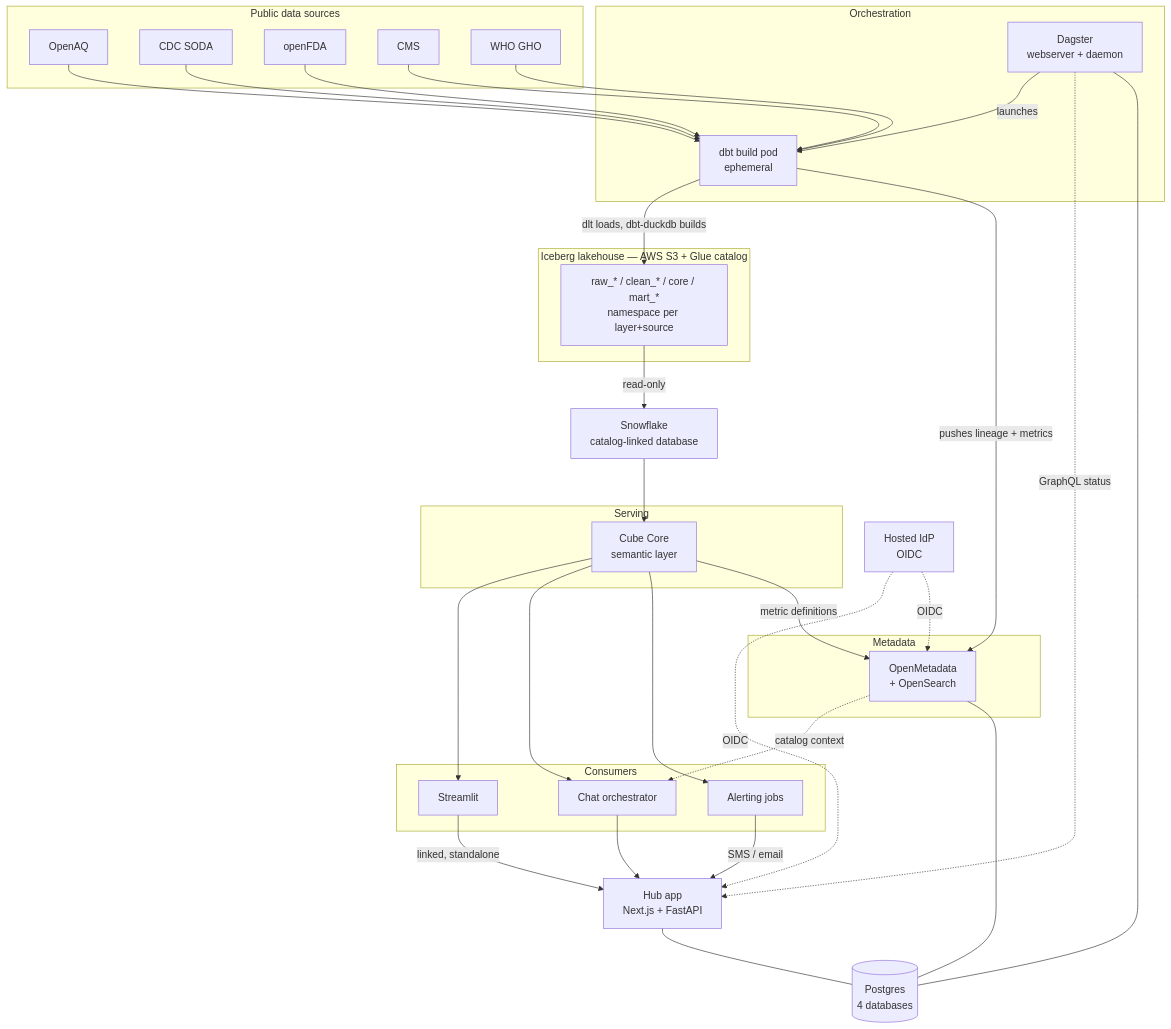
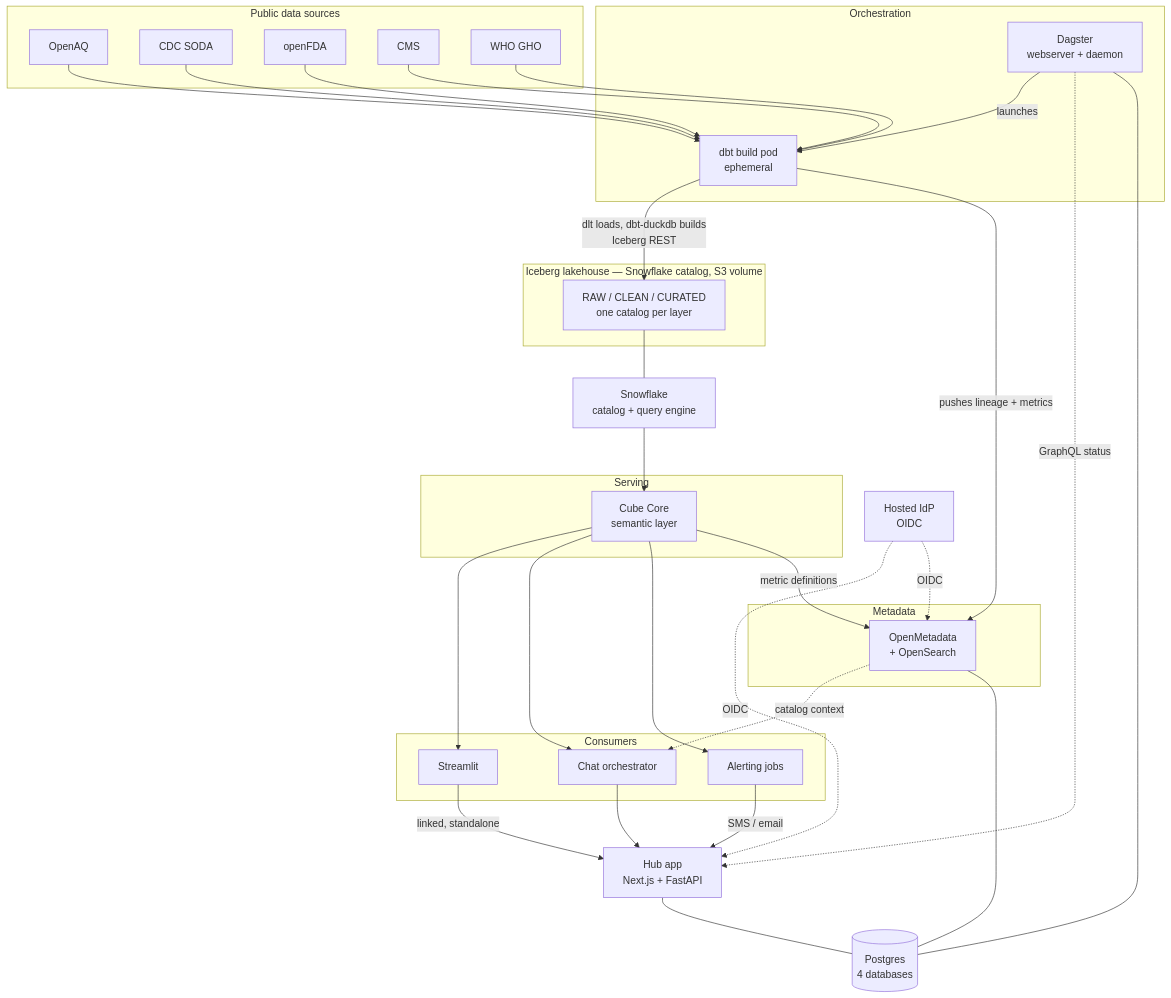
One commit to kgmcquate/open-health-data-platform changed the first of 3 diagrams in docs/ARCHITECTURE.md. Above: the diagram before and after it, drawn with Mermaid. The commit also changed other lines of this file and 55 other files, not shown here.

````diff
--- a/docs/ARCHITECTURE.md
+++ b/docs/ARCHITECTURE.md
@@ -35,60 +35,60 @@
 ```mermaid
 flowchart TB
     subgraph external["Public data sources"]
         S1["OpenAQ"]
         S2["CDC SODA"]
         S3["openFDA"]
         S4["CMS"]
         S5["WHO GHO"]
     end
 
     subgraph orchestration["Orchestration"]
         DAG["Dagster<br/>webserver + daemon"]
         BUILD["dbt build pod<br/>ephemeral"]
     end
 
-    subgraph storage["Iceberg lakehouse — AWS S3 + Glue catalog"]
-        LAKE["raw_* / clean_* / core / mart_*<br/>namespace per layer+source"]
+    subgraph storage["Iceberg lakehouse — Snowflake catalog, S3 volume"]
+        LAKE["RAW / CLEAN / CURATED<br/>one catalog per layer"]
     end
 
     subgraph serving["Serving"]
         CUBE["Cube Core<br/>semantic layer"]
     end
 
     subgraph consumers["Consumers"]
         DASH["Streamlit"]
         BOT["Chat orchestrator"]
         ALERT["Alerting jobs"]
     end
 
     subgraph meta["Metadata"]
         OM["OpenMetadata<br/>+ OpenSearch"]
     end
 
     APP["Hub app<br/>Next.js + FastAPI"]
     IDP["Hosted IdP<br/>OIDC"]
     PG[("Postgres<br/>4 databases")]
 
-    SNOW["Snowflake<br/>catalog-linked database"]
+    SNOW["Snowflake<br/>catalog + query engine"]
 
     S1 & S2 & S3 & S4 & S5 --> BUILD
     DAG -->|launches| BUILD
-    BUILD -->|dlt loads, dbt-duckdb builds| LAKE
-    LAKE -->|read-only| SNOW
+    BUILD -->|dlt loads, dbt-duckdb builds<br/>Iceberg REST| LAKE
+    LAKE --- SNOW
     SNOW --> CUBE
     CUBE --> DASH
     CUBE --> BOT
     CUBE --> ALERT
     ALERT -->|SMS / email| APP
     BOT --> APP
     DASH -->|linked, standalone| APP
     DAG -.->|GraphQL status| APP
     OM -.->|catalog context| BOT
     BUILD -->|pushes lineage + metrics| OM
     CUBE -->|metric definitions| OM
     IDP -.->|OIDC| APP
     IDP -.->|OIDC| OM
     DAG --- PG
     OM --- PG
     APP --- PG
 ```
````
